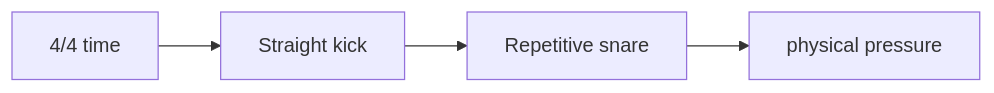
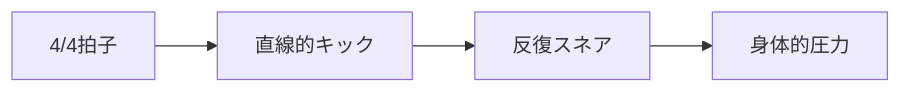
Before and after one commit to monumental-movement/monumental-movement.github.io: the first of 2 diagrams in en/_posts/2025-12-18-column-electro-industrial-ebm.md, drawn with Mermaid. The commit also changed other lines of this file and 775 other files, not shown here.

```diff
--- a/en/_posts/2025-12-18-column-electro-industrial-ebm.md
+++ b/en/_posts/2025-12-18-column-electro-industrial-ebm.md
@@ -74,6 +74,6 @@
 <div class="mermaid">
 flowchart LR
-    A["4/4 time"] --> B["Straight kick"]
-    B --> C["Repetitive snare"]
-    C --> D["physical pressure"]
+    A["4/4拍子"] --> B["直線的キック"]
+    B --> C["反復スネア"]
+    C --> D["身体的圧力"]
 </div>
```
